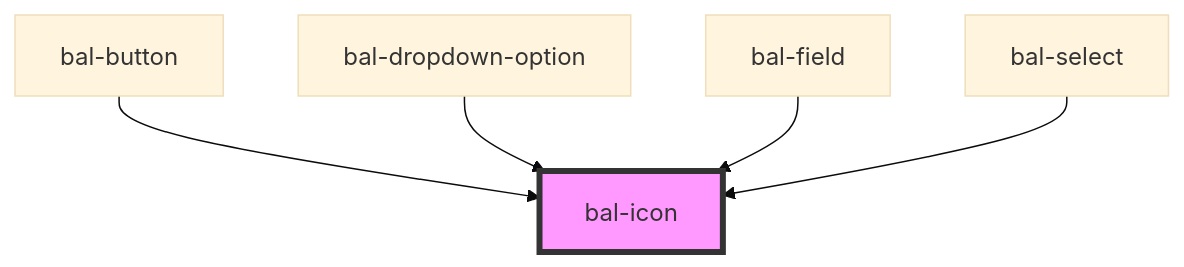
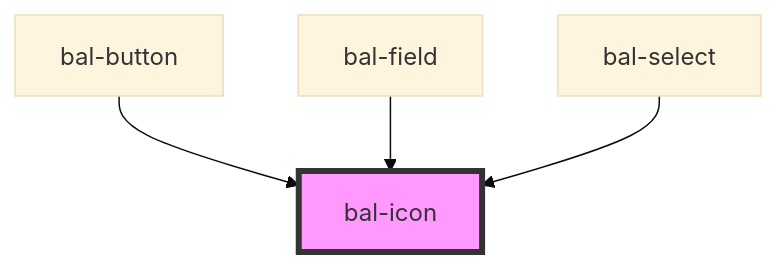
One commit to baloise/ui-library-next changed the diagram in packages/library/src/components/bal-icon/readme.md. Above: the diagram before and after it, drawn with Mermaid (base theme). The commit also changed other lines of this file and 19 other files, not shown here.

````diff
--- a/packages/library/src/components/bal-icon/readme.md
+++ b/packages/library/src/components/bal-icon/readme.md
@@ -92,8 +91,7 @@
 ```mermaid
 graph TD;
   bal-button --> bal-icon
-  bal-dropdown-option --> bal-icon
   bal-field --> bal-icon
   bal-select --> bal-icon
   style bal-icon fill:#f9f,stroke:#333,stroke-width:4px
 ```
````
